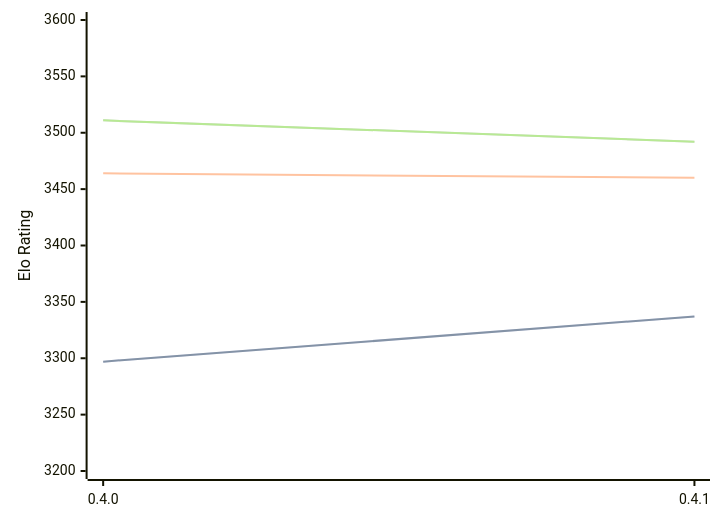
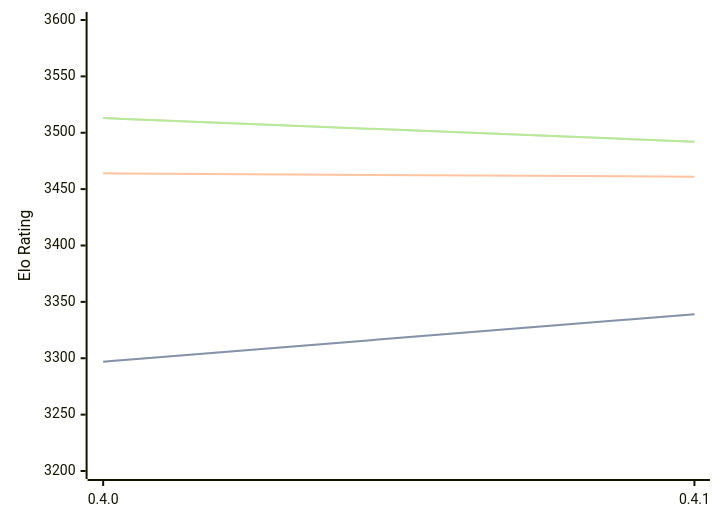
One commit to computer-chess-index/cci changed the diagram in engines/Cinder.md. Above: the diagram before and after it, drawn with Mermaid. The commit also changed other lines of this file, not shown here.

Commit message:
Update CCI Ratings (ELO VLTC) - 2026-05-21

````diff
--- a/engines/Cinder.md
+++ b/engines/Cinder.md
@@ -40,11 +40,11 @@
 ```mermaid
 %%{init: {"theme":"base","themeVariables":{"seriesColors:['#a3a3a3','#222221','#faa371']}}}%%
 xychart-beta
   x-axis ["0.4.0", "0.4.1"]
   y-axis "Elo Rating" 3200 --> 3600
-  line "STC (8.0+0.08s)" [3297, 3337]
-  line "STC (8.0+0.08s)" [3297, 3337]
-  line "LTC (60.0+0.60s)" [3464, 3460]
-  line "VLTC (2m24s+1.12s)" [3511, 3492]
-  line "VLTC (2m24s+1.12s)" [3511, 3492]
+  line "STC (8.0+0.08s)" [3297, 3339]
+  line "STC (8.0+0.08s)" [3297, 3339]
+  line "LTC (60.0+0.60s)" [3464, 3461]
+  line "VLTC (2m24s+1.12s)" [3513, 3492]
+  line "VLTC (2m24s+1.12s)" [3513, 3492]
 ```
````
